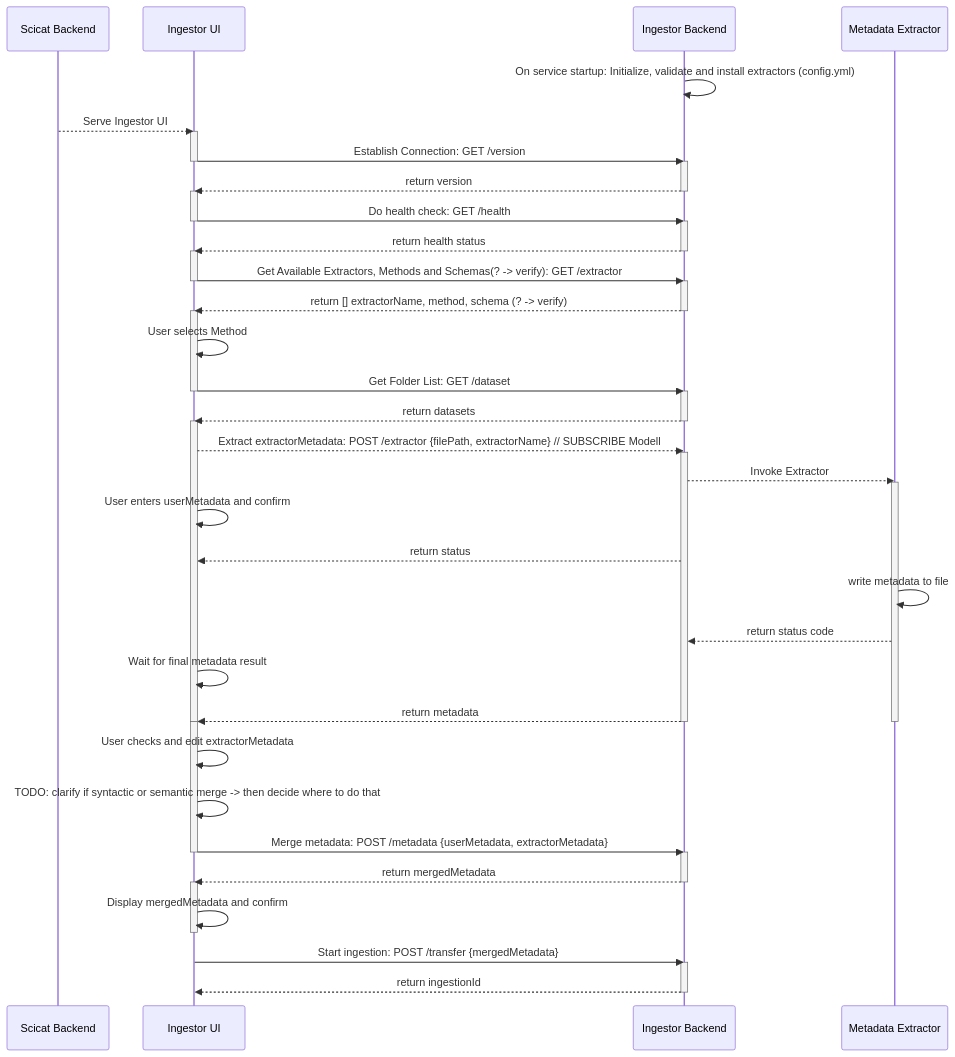
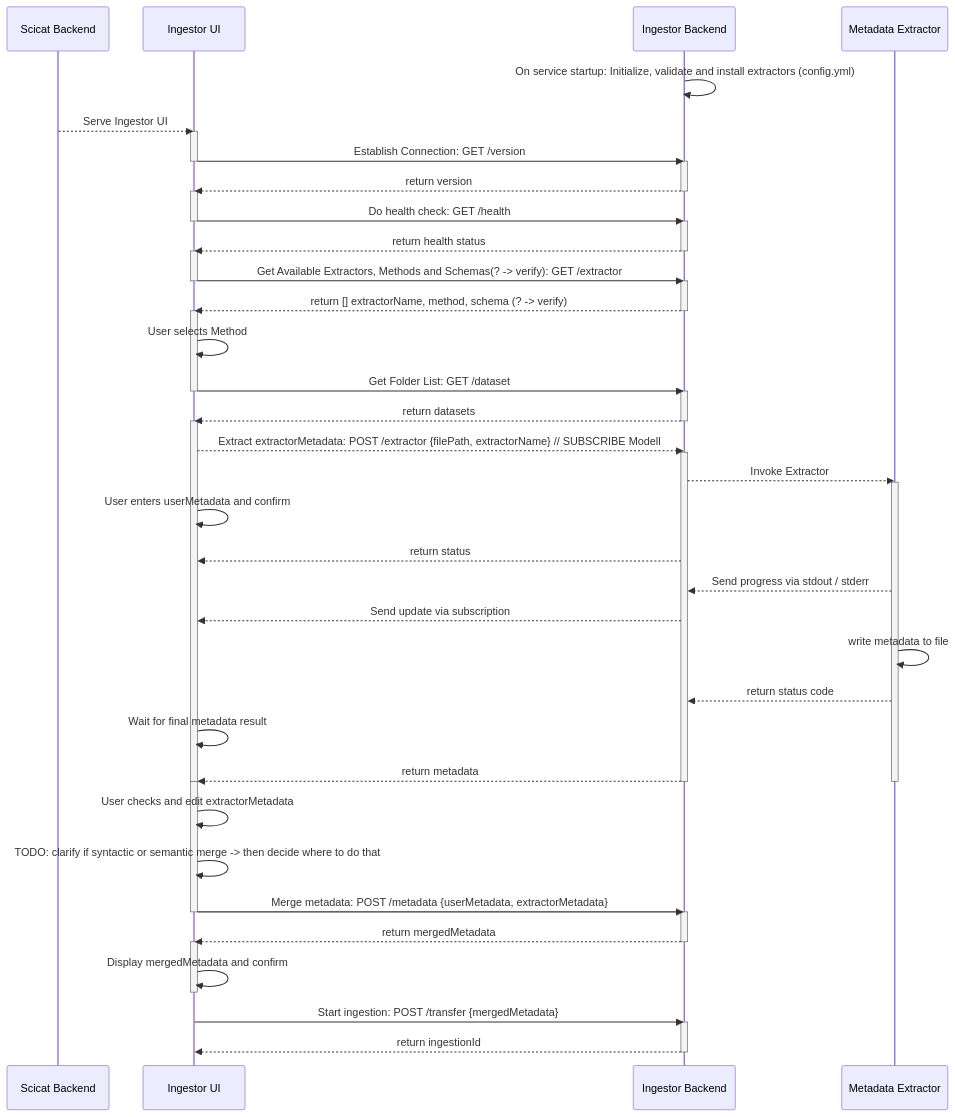
The diagram in docs/developer_docs/uiWorkflowSequence.md (SwissOpenEM/openem-docs), drawn with Mermaid before and after one commit.

````diff
--- a/docs/developer_docs/uiWorkflowSequence.md
+++ b/docs/developer_docs/uiWorkflowSequence.md
@@ -21,66 +21,68 @@
 ```mermaid
 sequenceDiagram
   participant S as Scicat Backend
   participant U as Ingestor UI 
   participant B as Ingestor Backend 
   participant M as Metadata Extractor
     B ->> B: On service startup: Initialize, validate and install extractors (config.yml)
     S -->> U: Serve Ingestor UI
     activate U
     U ->> B: Establish Connection: GET /version
     deactivate U
     activate B
     B -->> U: return version
     deactivate B
     activate U
     U ->> B: Do health check: GET /health
     deactivate U
     activate B
     B -->> U: return health status
     deactivate B
     activate U
     U ->> B: Get Available Extractors, Methods and Schemas(? -> verify): GET /extractor
     deactivate U
     activate B
     B -->> U: return [] extractorName, method, schema (? -> verify)
     deactivate B
     activate U
     U ->> U: User selects Method
     U ->> B: Get Folder List: GET /dataset
     deactivate U
     activate B
     B -->> U: return datasets
     deactivate B
 
     activate U
     U -->> B: Extract extractorMetadata: POST /extractor {filePath, extractorName} // SUBSCRIBE Modell
     activate B
     B -->> M: Invoke Extractor
     activate M
     U ->> U: User enters userMetadata and confirm
     B -->> U: return status
+    M -->> B: Send progress via stdout / stderr
+    B -->> U: Send update via subscription
     M ->> M: write metadata to file
     M -->> B: return status code
     U ->> U: Wait for final metadata result
     B -->> U: return metadata
     deactivate M
     deactivate B
     deactivate U
 
     activate U
     U ->> U: User checks and edit extractorMetadata
     U ->> U: TODO: clarify if syntactic or semantic merge -> then decide where to do that
     U ->> B: Merge metadata: POST /metadata {userMetadata, extractorMetadata}
     deactivate U
     activate B
     B -->> U: return mergedMetadata
     deactivate B
     activate U
     U ->> U: Display mergedMetadata and confirm
     deactivate U
     U ->> B: Start ingestion: POST /transfer {mergedMetadata}
     activate B
     B -->> U: return ingestionId
     deactivate B
     
 ```
````
